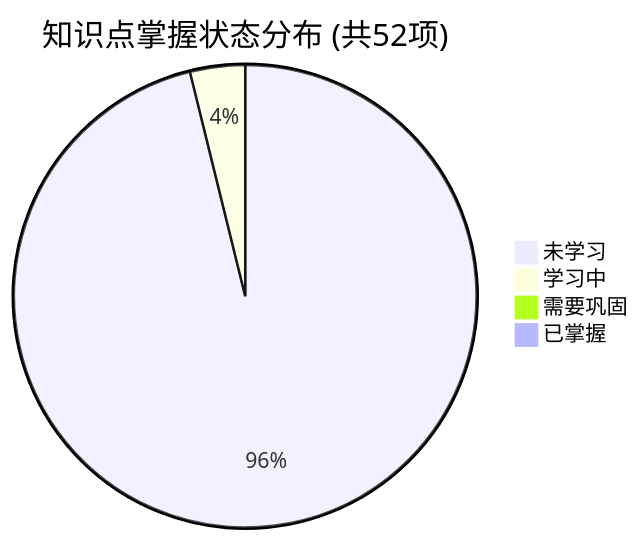
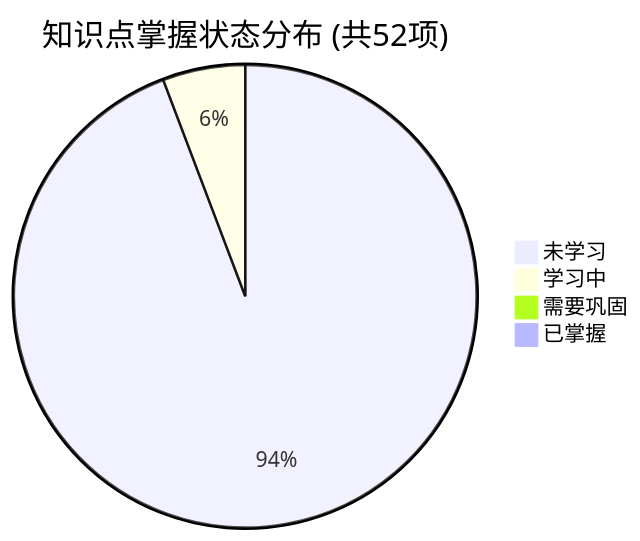
Before and after one commit to tieke1121/tech-interview-knowledge-base: the first of 2 diagrams in PROGRESS.md, drawn with Mermaid. The commit also changed other lines of this file and 1 other file, not shown here.

First line of the commit message:
feat(day03): add flink backpressure, credit flow control, buffer debloating & watermark

````diff
--- a/PROGRESS.md
+++ b/PROGRESS.md
@@ -23,7 +23,7 @@
 ```mermaid
 pie title 知识点掌握状态分布 (共52项)
-    "未学习" : 50
-    "学习中" : 2
+    "未学习" : 49
+    "学习中" : 3
     "需要巩固" : 0
     "已掌握" : 0
 ```
````
